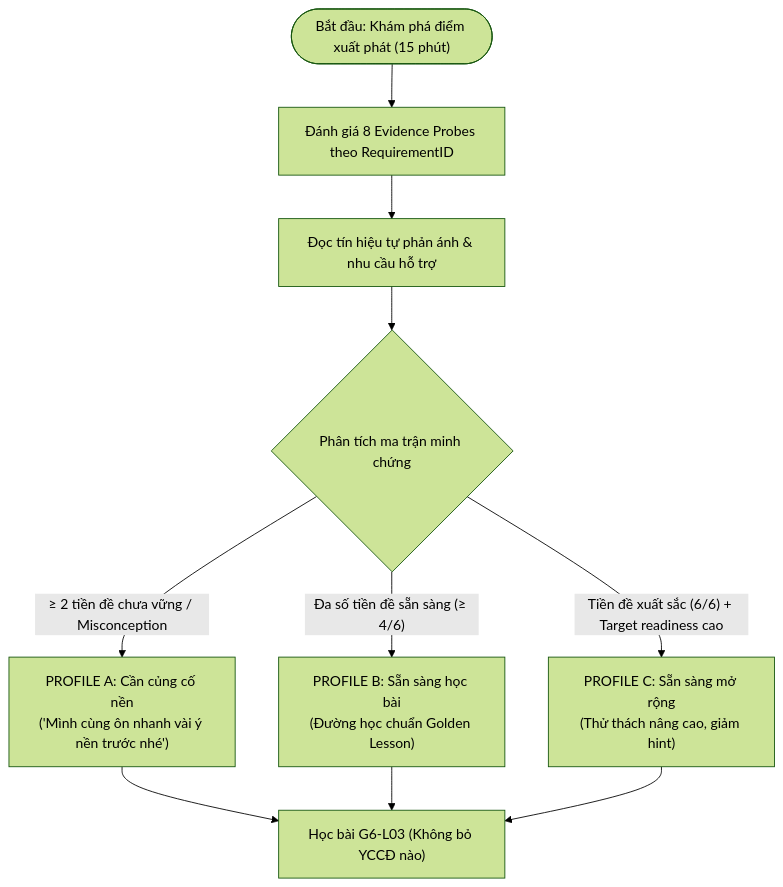
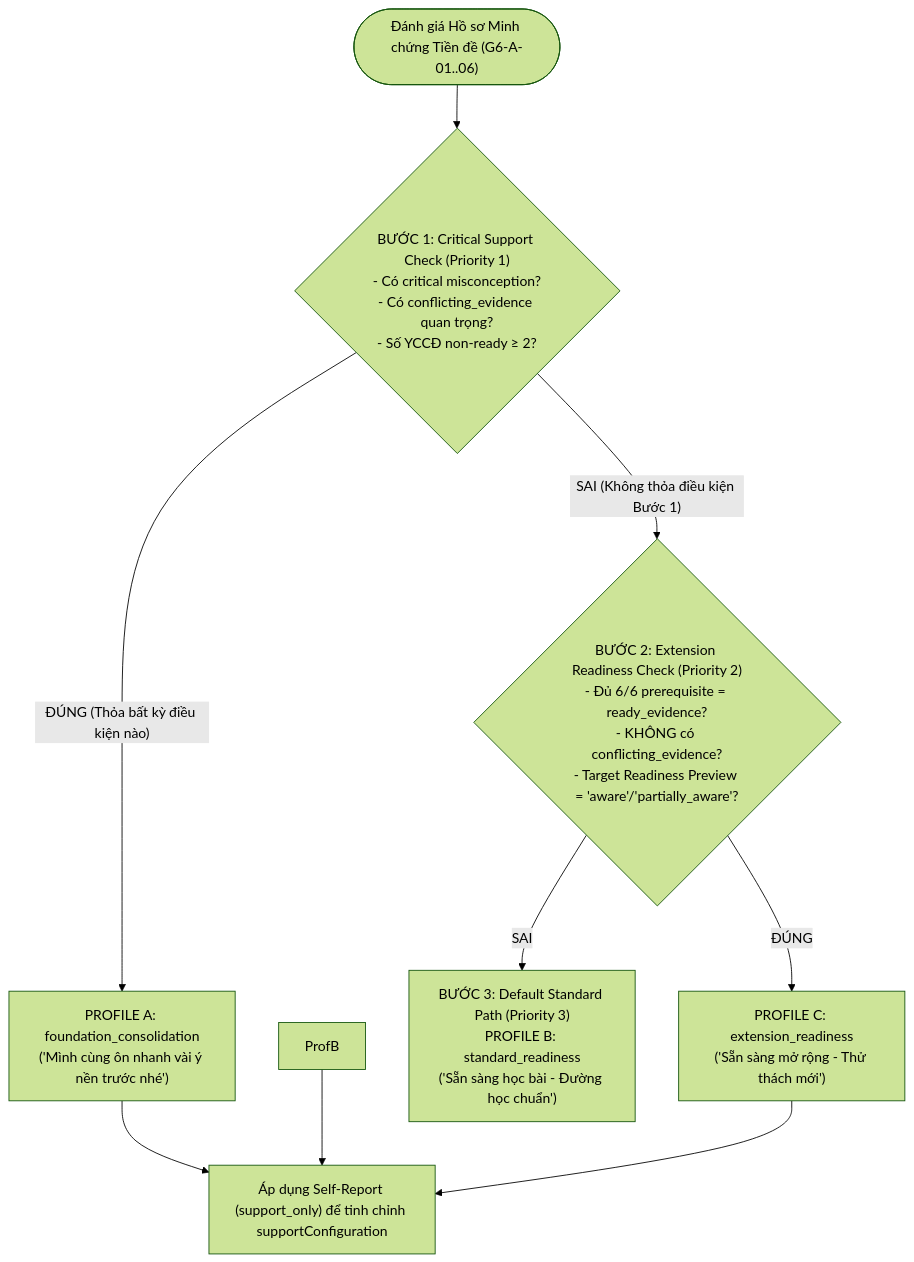
One commit to huynhdien997spt/tinhocthaydien changed the diagram in docs/phase4/diagnostic_spec.md. Above: the diagram before and after it, drawn with Mermaid (forest theme). The commit also changed other lines of this file and 5 other files, not shown here.

````diff
--- a/docs/phase4/diagnostic_spec.md
+++ b/docs/phase4/diagnostic_spec.md
@@ -219,15 +239,14 @@
 ```mermaid
 flowchart TD
-    DiagStart(["Bắt đầu: Khám phá điểm xuất phát (15 phút)"]) --> EvalProbes["Đánh giá 8 Evidence Probes theo RequirementID"]
-    EvalProbes --> EvalSelf["Đọc tín hiệu tự phản ánh & nhu cầu hỗ trợ"]
+    Start(["Đánh giá Hồ sơ Minh chứng Tiền đề (G6-A-01..06)"]) --> Step1{"BƯỚC 1: Critical Support Check (Priority 1)<br/>- Có critical misconception?<br/>- Có conflicting_evidence quan trọng?<br/>- Số YCCĐ non-ready ≥ 2?"}
     
-    EvalSelf --> CheckCond{Phân tích ma trận minh chứng}
+    Step1 -- "ĐÚNG (Thỏa bất kỳ điều kiện nào)" --> ProfA["PROFILE A: foundation_consolidation<br/>('Mình cùng ôn nhanh vài ý nền trước nhé')"]
+    Step1 -- "SAI (Không thỏa điều kiện Bước 1)" --> Step2{"BƯỚC 2: Extension Readiness Check (Priority 2)<br/>- Đủ 6/6 prerequisite = ready_evidence?<br/>- KHÔNG có conflicting_evidence?<br/>- Target Readiness Preview = 'aware'/'partially_aware'?"}
     
-    CheckCond -- "≥ 2 tiền đề chưa vững / Misconception" --> ProfA["PROFILE A: Cần củng cố nền<br/>('Mình cùng ôn nhanh vài ý nền trước nhé')"]
-    CheckCond -- "Đa số tiền đề sẵn sàng (≥ 4/6)" --> ProfB["PROFILE B: Sẵn sàng học bài<br/>(Đường học chuẩn Golden Lesson)"]
-    CheckCond -- "Tiền đề xuất sắc (6/6) + Target readiness cao" --> ProfC["PROFILE C: Sẵn sàng mở rộng<br/>(Thử thách nâng cao, giảm hint)"]
+    Step2 -- "ĐÚNG" --> ProfC["PROFILE C: extension_readiness<br/>('Sẵn sàng mở rộng - Thử thách mới')"]
+    Step2 -- "SAI" --> Step3["BƯỚC 3: Default Standard Path (Priority 3)<br/>PROFILE B: standard_readiness<br/>('Sẵn sàng học bài - Đường học chuẩn')"]
     
-    ProfA --> CoreLesson["Học bài G6-L03 (Không bỏ YCCĐ nào)"]
-    ProfB --> CoreLesson
-    ProfC --> CoreLesson
+    ProfA --> ApplySelf["Áp dụng Self-Report (support_only) để tinh chỉnh supportConfiguration"]
+    ProfB --> ApplySelf
+    ProfC --> ApplySelf
 ```
````
